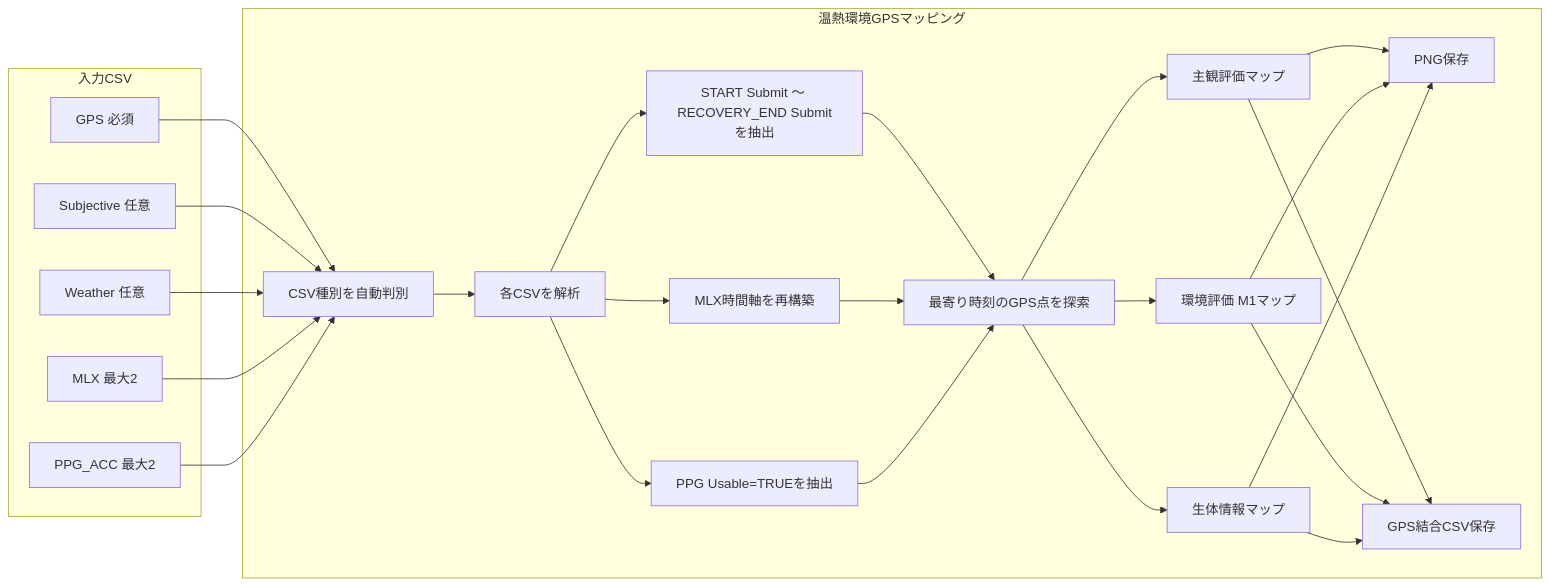
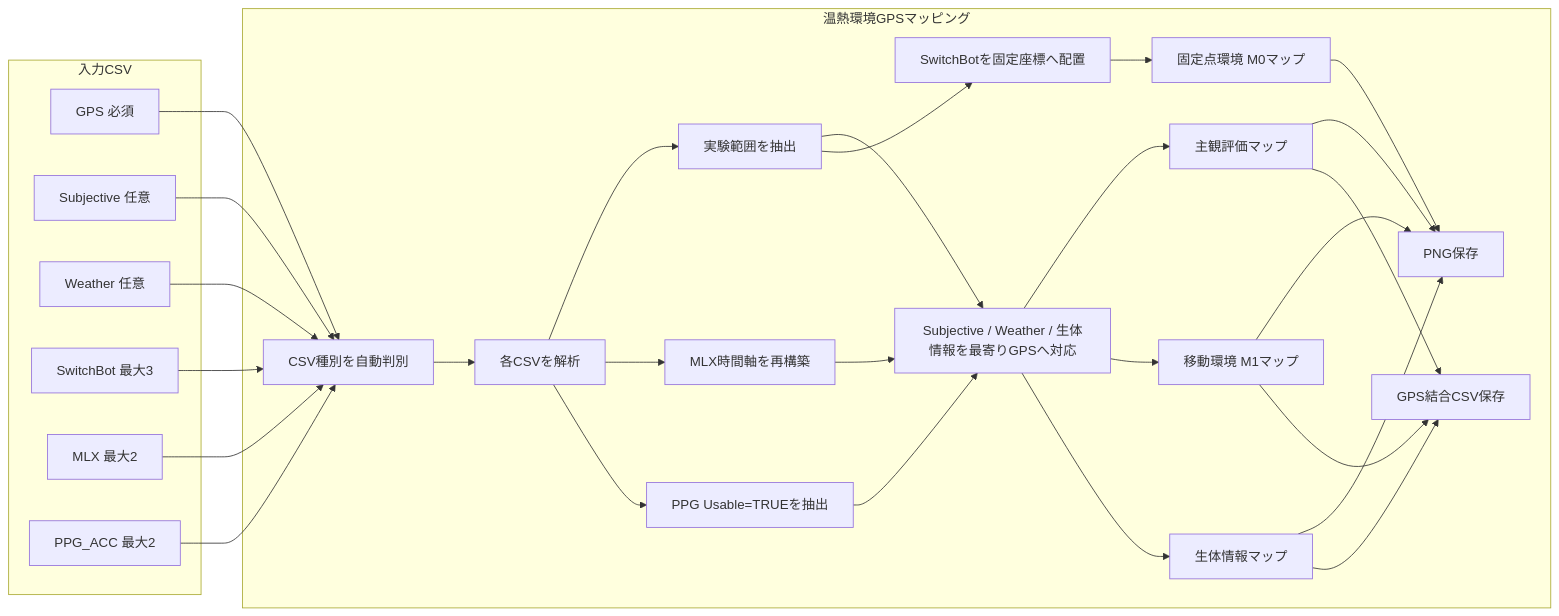
The diagram in README.md (Cream-Pan/thermal-comfort-eval), drawn with Mermaid before and after one commit. The commit also changed other lines of this file, not shown here.

````diff
--- a/README.md
+++ b/README.md
@@ -740,46 +952,53 @@
 ```mermaid
 flowchart LR
     subgraph Input["入力CSV"]
       I1["GPS 必須"]
       I2["Subjective 任意"]
       I3["Weather 任意"]
-      I4["MLX 最大2"]
-      I5["PPG_ACC 最大2"]
+      I4["SwitchBot 最大3"]
+      I5["MLX 最大2"]
+      I6["PPG_ACC 最大2"]
     end
 
     subgraph Browser["温熱環境GPSマッピング"]
       B1["CSV種別を自動判別"]
       B2["各CSVを解析"]
-      B3["START Submit ～ RECOVERY_END Submitを抽出"]
+      B3["実験範囲を抽出"]
       B4["MLX時間軸を再構築"]
       B5["PPG Usable=TRUEを抽出"]
-      B6["最寄り時刻のGPS点を探索"]
-      B7["主観評価マップ"]
-      B8["環境評価 M1マップ"]
-      B9["生体情報マップ"]
-      B10["PNG保存"]
-      B11["GPS結合CSV保存"]
+      B6["Subjective / Weather / 生体情報を最寄りGPSへ対応"]
+      B7["SwitchBotを固定座標へ配置"]
+      B8["主観評価マップ"]
+      B9["移動環境 M1マップ"]
+      B10["固定点環境 M0マップ"]
+      B11["生体情報マップ"]
+      B12["PNG保存"]
+      B13["GPS結合CSV保存"]
     end
 
     I1 --> B1
     I2 --> B1
     I3 --> B1
     I4 --> B1
     I5 --> B1
+    I6 --> B1
     B1 --> B2
     B2 --> B3
     B2 --> B4
     B2 --> B5
     B3 --> B6
+    B3 --> B7
     B4 --> B6
     B5 --> B6
-    B6 --> B7
     B6 --> B8
     B6 --> B9
+    B6 --> B11
     B7 --> B10
-    B8 --> B10
-    B9 --> B10
-    B7 --> B11
-    B8 --> B11
-    B9 --> B11
+    B8 --> B12
+    B9 --> B12
+    B10 --> B12
+    B11 --> B12
+    B8 --> B13
+    B9 --> B13
+    B11 --> B13
 ```
````
